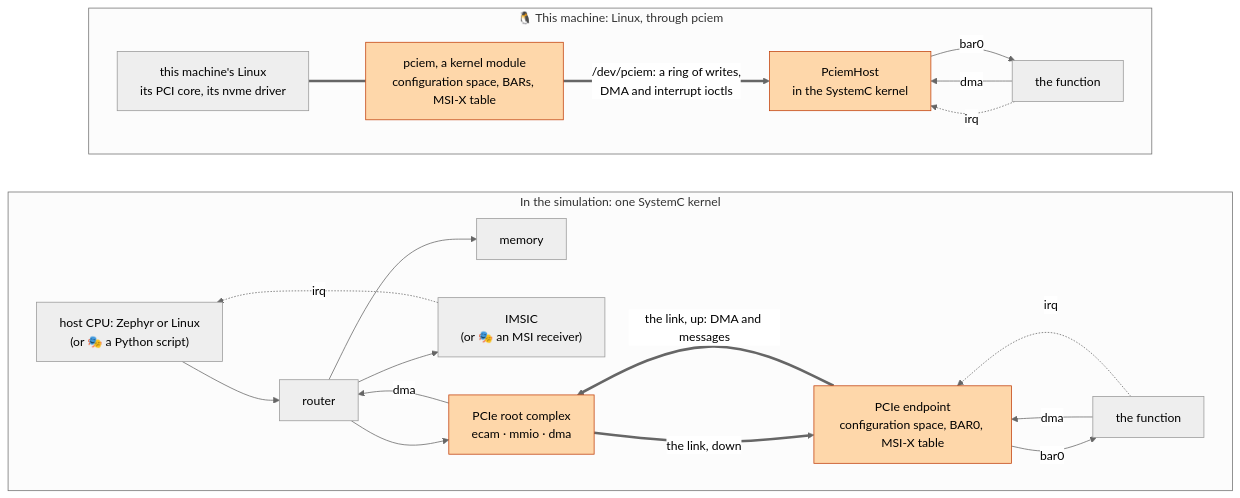
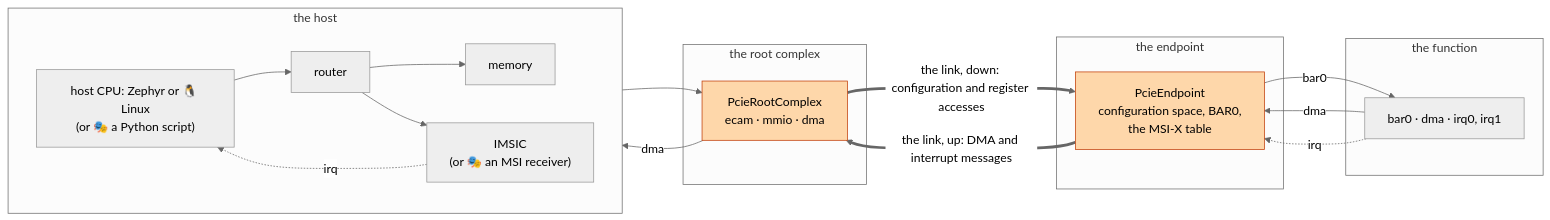
The fourth of 8 diagrams in docs/pcie.md (cphurley82/socpuppet), drawn with Mermaid (neutral theme) before and after one commit. The commit also changed other lines of this file, not shown here.

Commit message:
Enhance PCIe documentation: clarify simulation and host interactions, update diagrams, and improve descriptions of components and functionality.

````diff
--- a/docs/pcie.md
+++ b/docs/pcie.md
@@ -36,40 +85,32 @@
 ```mermaid
 flowchart LR
-    subgraph sim["In the simulation: one SystemC kernel"]
+    subgraph host["the host"]
         direction LR
-        cpu["host CPU: Zephyr or Linux<br/>(or 🎭 a Python script)"]
+        cpu["host CPU: Zephyr or 🐧 Linux<br/>(or 🎭 a Python script)"]
         bus["router"]
         ram["memory"]
         msi["IMSIC<br/>(or 🎭 an MSI receiver)"]
-        rc["PCIe root complex<br/>ecam · mmio · dma"]
-        ep["PCIe endpoint<br/>configuration space, BAR0, MSI-X table"]
-        fn1["the function"]
         cpu --> bus
         bus --> ram
         bus --> msi
-        bus --> rc
-        rc == "the link, down" ==> ep
-        ep == "the link, up: DMA and messages" ==> rc
-        rc -- "dma" --> bus
         msi -. "irq" .-> cpu
-        ep -- "bar0" --> fn1
-        fn1 -- "dma" --> ep
-        fn1 -. "irq" .-> ep
     end
-    subgraph real["🐧 This machine: Linux, through pciem"]
-        direction LR
-        linux["this machine's Linux<br/>its PCI core, its nvme driver"]
-        pciem["pciem, a kernel module<br/>configuration space, BARs, MSI-X table"]
-        ph["PciemHost<br/>in the SystemC kernel"]
-        fn2["the function"]
-        linux === pciem
-        pciem == "/dev/pciem: a ring of writes,<br/>DMA and interrupt ioctls" ==> ph
-        ph -- "bar0" --> fn2
-        fn2 -- "dma" --> ph
-        fn2 -. "irq" .-> ph
+    subgraph rcg["the root complex"]
+        rc["PcieRootComplex<br/>ecam · mmio · dma"]
     end
-
-    classDef standin fill:#fde68a,stroke:#b45309,color:#000
+    subgraph epg["the endpoint"]
+        ep["PcieEndpoint<br/>configuration space, BAR0,<br/>the MSI-X table"]
+    end
+    subgraph fng["the function"]
+        fn["bar0 · dma · irq0, irq1"]
+    end
+    bus --> rc
+    rc -- "dma" --> bus
+    rc == "the link, down: configuration and register accesses" ==> ep
+    ep == "the link, up: DMA and interrupt messages" ==> rc
+    ep -- "bar0" --> fn
+    fn -- "dma" --> ep
+    fn -. "irq" .-> ep
     classDef pcie fill:#fed7aa,stroke:#c2410c,color:#000
-    class rc,ep,pciem,ph pcie
+    class rc,ep pcie
 ```
````
